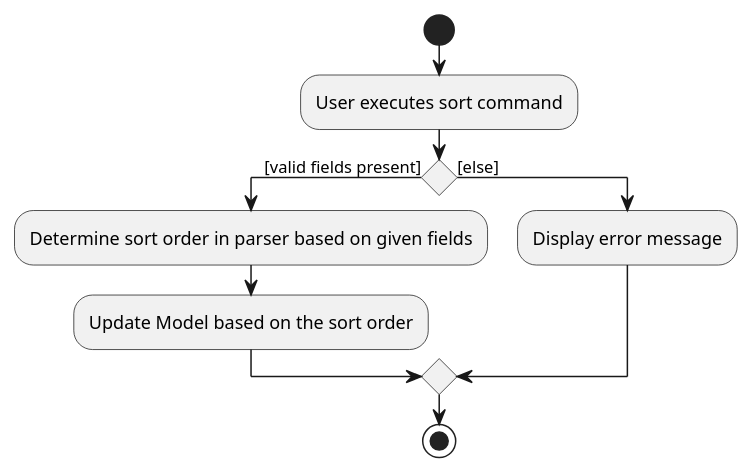
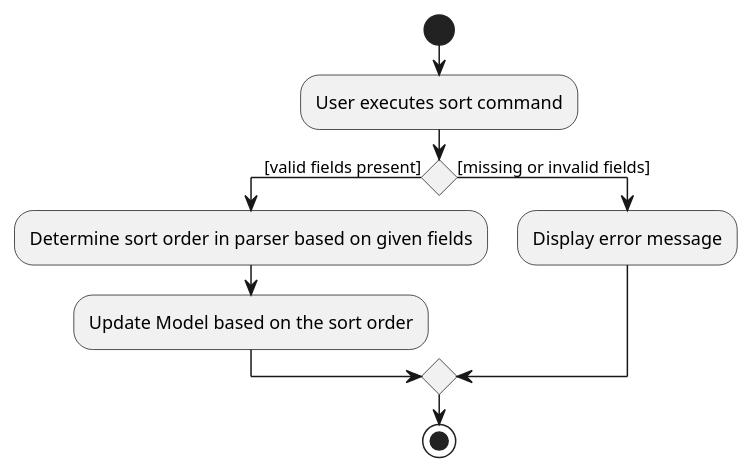
The diagram in docs/diagrams/SortActivityDiagram.puml (nus-cs2103-AY1920S1/addressbook-level3), drawn with PlantUML before and after one commit. The commit also changed 3 other files, not shown here.

```diff
--- a/docs/diagrams/SortActivityDiagram.puml
+++ b/docs/diagrams/SortActivityDiagram.puml
@@ -1,15 +1,15 @@
 @startuml
 start
 :User executes sort command;
 
 'Since the beta syntax does not support placing the condition outside the
 'diamond we place it as the true branch instead.
 
 if () then ([valid fields present])
     :Determine sort order in parser based on given fields;
     :Update Model based on the sort order;
-else ([else])
+else ([missing or invalid fields])
     :Display error message;
 endif
 stop
 @enduml
```
